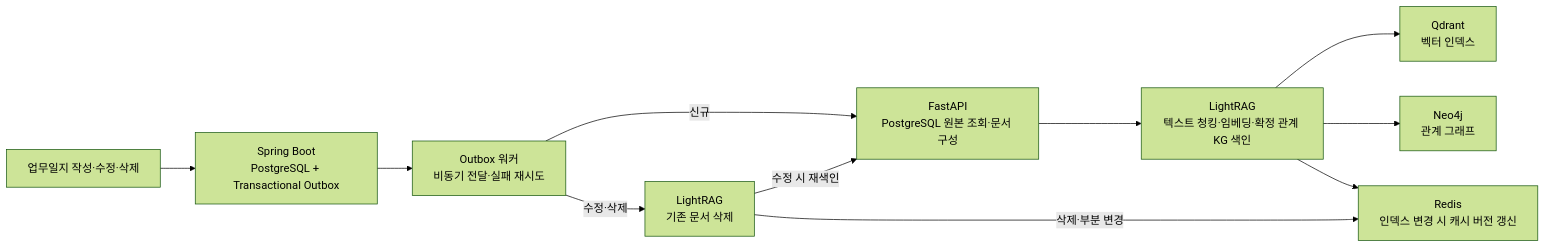
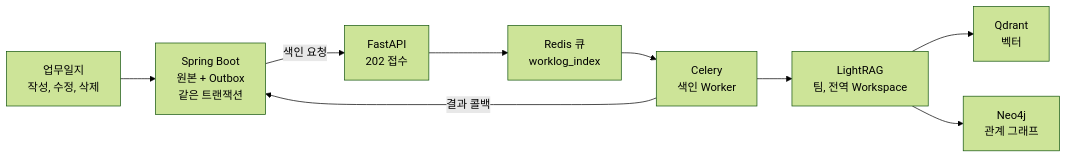
The first of 2 diagrams in README.md (sunghun0917/acodian), drawn with Mermaid (forest theme) before and after one commit. The commit also changed other lines of this file, not shown here.

````diff
--- a/README.md
+++ b/README.md
@@ -25,13 +48,11 @@
 ```mermaid
 flowchart LR
-    W["업무일지 작성·수정·삭제"] --> A["Spring Boot<br/>PostgreSQL + Transactional Outbox"]
-    A --> O["Outbox 워커<br/>비동기 전달·실패 재시도"]
-    O -->|신규| I["FastAPI<br/>PostgreSQL 원본 조회·문서 구성"]
-    O -->|수정·삭제| D["LightRAG<br/>기존 문서 삭제"]
-    D -->|수정 시 재색인| I
-    I --> L["LightRAG<br/>텍스트 청킹·임베딩·확정 관계 KG 색인"]
-    L --> Q["Qdrant<br/>벡터 인덱스"]
+    W["업무일지<br/>작성, 수정, 삭제"] --> A["Spring Boot<br/>원본 + Outbox<br/>같은 트랜잭션"]
+    A -->|색인 요청| F["FastAPI<br/>202 접수"]
+    F --> R["Redis 큐<br/>worklog_index"]
+    R --> CI["Celery<br/>색인 Worker"]
+    CI --> L["LightRAG<br/>팀, 전역 Workspace"]
+    L --> Q["Qdrant<br/>벡터"]
     L --> N["Neo4j<br/>관계 그래프"]
-    D -->|삭제·부분 변경| C["Redis<br/>인덱스 변경 시 캐시 버전 갱신"]
-    L --> C
+    CI -->|결과 콜백| A
 ```
````
